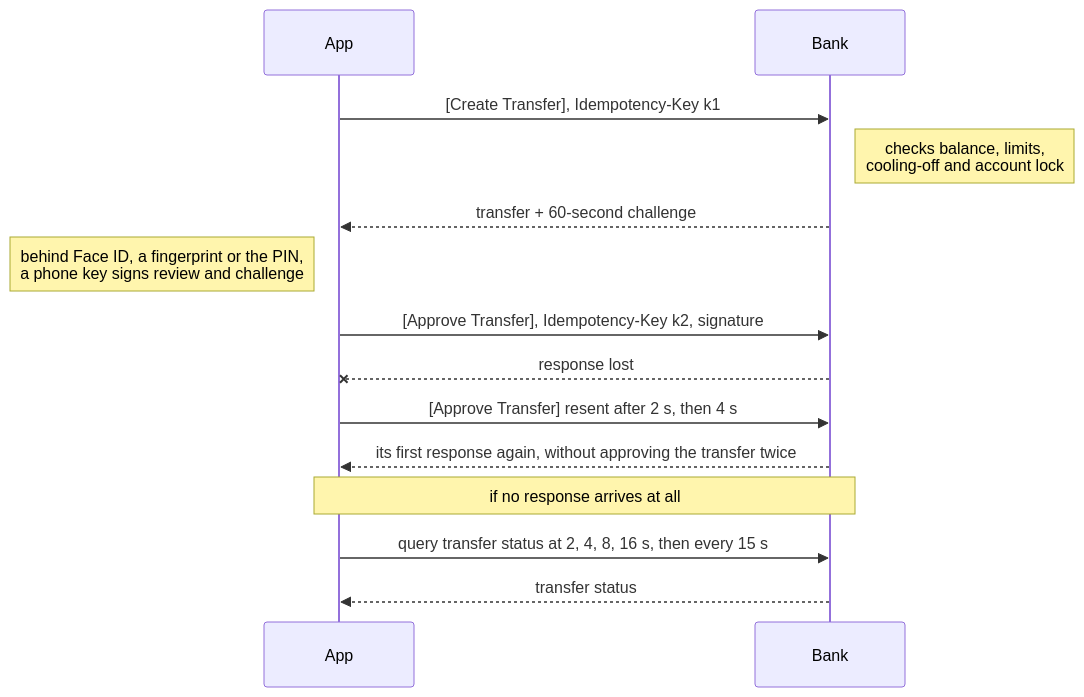
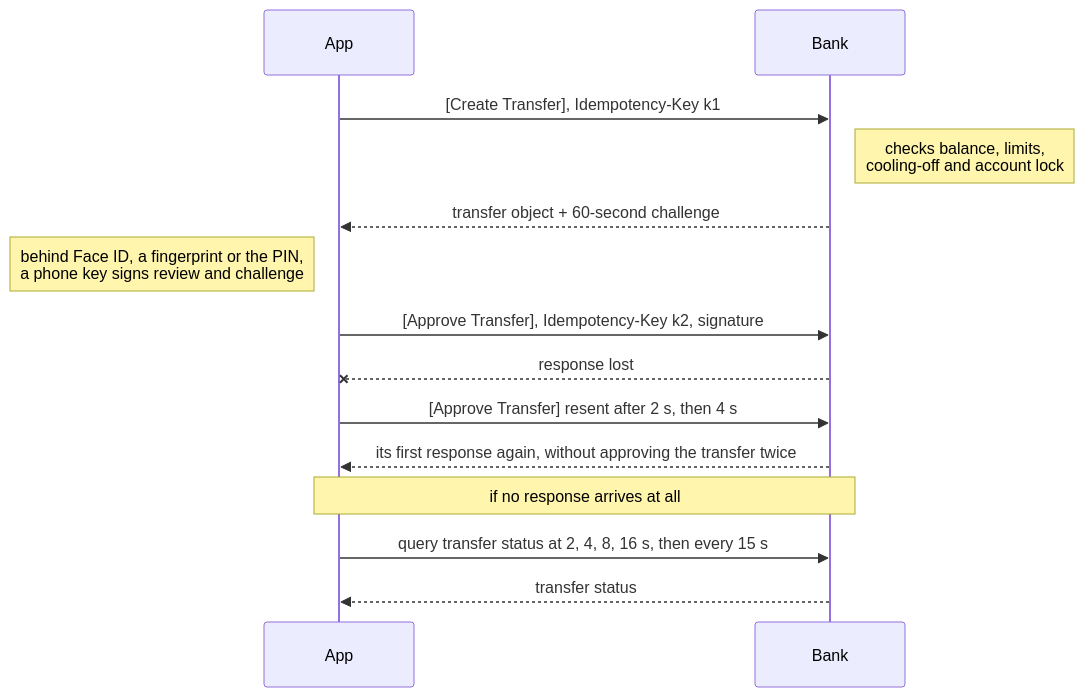
Before and after one commit to chiewwengkeat/ryt-transfer: the first of 2 diagrams in docs/write-up.md, drawn with Mermaid.

Commit message:
docs(write-up): say create returns the transfer object

````diff
--- a/docs/write-up.md
+++ b/docs/write-up.md
@@ -8,16 +8,16 @@
 ```mermaid
 sequenceDiagram
     participant App
     participant Bank
     App->>Bank: [Create Transfer], Idempotency-Key k1
     Note right of Bank: checks balance, limits,<br/>cooling-off and account lock
-    Bank-->>App: transfer + 60-second challenge
+    Bank-->>App: transfer object + 60-second challenge
     Note left of App: behind Face ID, a fingerprint or the PIN,<br/>a phone key signs review and challenge
     App->>Bank: [Approve Transfer], Idempotency-Key k2, signature
     Bank--xApp: response lost
     App->>Bank: [Approve Transfer] resent after 2 s, then 4 s
     Bank-->>App: its first response again, without approving the transfer twice
     Note over App,Bank: if no response arrives at all
     App->>Bank: query transfer status at 2, 4, 8, 16 s, then every 15 s
     Bank-->>App: transfer status
 ```
````
